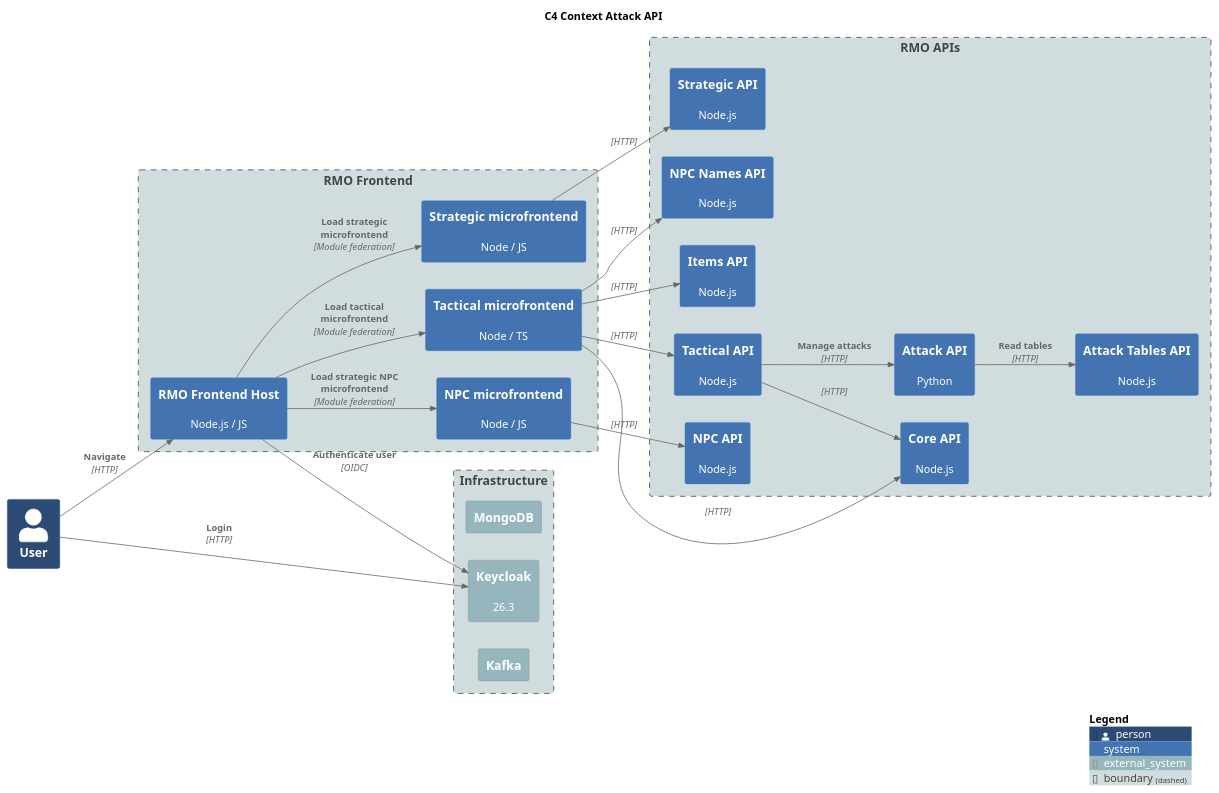
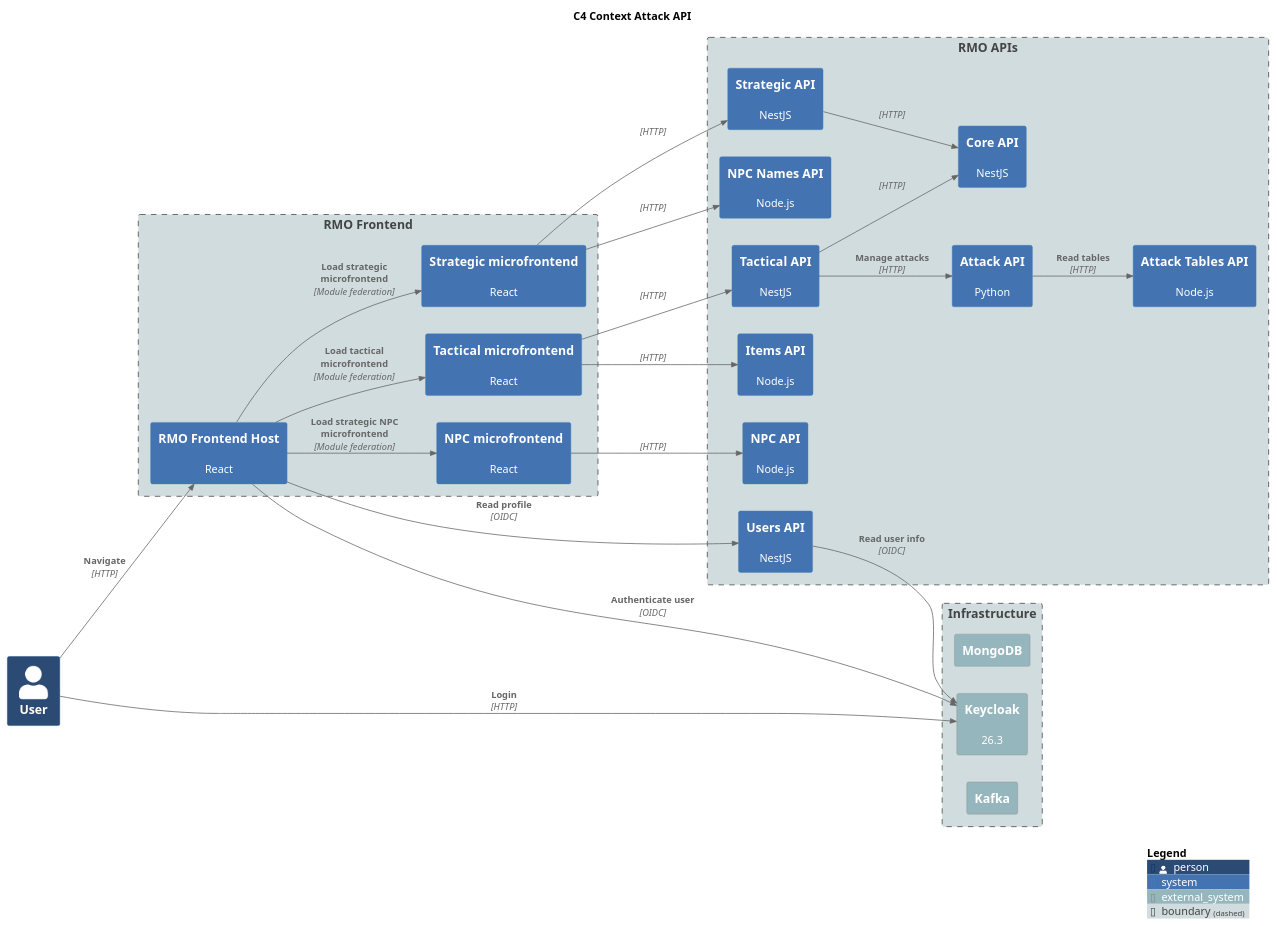
The diagram in diagrams/c4-context.plantuml (labcabrera/rmu-platform), drawn with PlantUML before and after one commit. The commit also changed 3 other files, not shown here.

Commit message:
Updated readme + diagram.

```diff
--- a/diagrams/c4-context.plantuml
+++ b/diagrams/c4-context.plantuml
@@ -1,77 +1,84 @@
 @startuml C4 Context Attack API
 title C4 Context Attack API
 
 !include https://raw.githubusercontent.com/plantuml-stdlib/C4-PlantUML/master/C4_Context.puml
 
 LAYOUT_LEFT_RIGHT()
 
 UpdateElementStyle(person, $bgColor="#2b4a74ff")
 UpdateElementStyle(system, $bgColor="#4373b1ff")
 UpdateElementStyle(external_system, $bgColor="#96b6beff")
 UpdateElementStyle(boundary, $bgColor="#d1dcdfff")
 
 Person(user, "User")
 
 Boundary(frontend, "RMO Frontend") {
-    System(rmu_fe_host, "RMO Frontend Host", "Node.js / JS")
-    System(rmu_fe_strategic, "Strategic microfrontend", "Node / JS")
-    System(rmu_fe_tactical, "Tactical microfrontend", "Node / TS")
-    System(rmu_fe_npc, "NPC microfrontend", "Node / JS")
+    System(rmu_fe_host, "RMO Frontend Host", "React")
+    System(rmu_fe_strategic, "Strategic microfrontend", "React")
+    System(rmu_fe_tactical, "Tactical microfrontend", "React")
+    System(rmu_fe_npc, "NPC microfrontend", "React")
 }
 
 Boundary(apis, "RMO APIs") {
-    System(rmu_api_core, "Core API", "Node.js")
-    System(rmu_api_strategic, "Strategic API", "Node.js")
-    System(rmu_api_tactical, "Tactical API", "Node.js")
+    System(rmu_api_users, "Users API", "NestJS")
+    System(rmu_api_core, "Core API", "NestJS")
+    System(rmu_api_strategic, "Strategic API", "NestJS")
+    System(rmu_api_tactical, "Tactical API", "NestJS")
     System(rmu_api_npc, "NPC API", "Node.js")
     System(rmu_api_npc_names, "NPC Names API", "Node.js")
     System(rmu_api_attack, "Attack API", "Python")
     System(rmu_api_items, "Items API", "Node.js")
     System(rmu_api_attack_tables, "Attack Tables API", "Node.js")
 }
 
 Boundary(infrastructure, "Infrastructure") {
     System_Ext(mongodb, "MongoDB", "")
     System_Ext(keycloak, "Keycloak", "26.3")
     System_Ext(kafka, "Kafka", "")
 }
 
 Rel(user, rmu_fe_host, "Navigate", "HTTP")
 Rel(user, keycloak, "Login", "HTTP")
 
 ' Frontends
 
 Rel(rmu_fe_host, rmu_fe_strategic, "Load strategic microfrontend", "Module federation")
 Rel(rmu_fe_host, rmu_fe_tactical, "Load tactical microfrontend", "Module federation")
 Rel(rmu_fe_host, rmu_fe_npc, "Load strategic NPC microfrontend", "Module federation")
+Rel(rmu_fe_host, rmu_api_users, "Read profile", "OIDC")
 Rel(rmu_fe_host, keycloak, "Authenticate user", "OIDC")
 
 Rel(rmu_fe_strategic, rmu_api_strategic, "", "HTTP")
+Rel(rmu_fe_strategic, rmu_api_npc_names, "", "HTTP")
+
 
 Rel(rmu_fe_tactical, rmu_api_tactical, "", "HTTP")
-Rel(rmu_fe_tactical, rmu_api_core, "", "HTTP")
+' Rel(rmu_fe_tactical, rmu_api_core, "", "HTTP")
 Rel(rmu_fe_tactical, rmu_api_items, "", "HTTP")
-Rel(rmu_fe_tactical, rmu_api_npc_names, "", "HTTP")
+
+Rel(rmu_api_users, keycloak, "Read user info", "OIDC")
 
 Rel(rmu_fe_npc, rmu_api_npc, "", "HTTP")
 
 ' APIs
 
 ' Rel(rmu_api_core, mongodb, "", "")
 
 ' Rel(rmu_api_strategic, mongodb, "Manage attacks", "HTTP")
+
+Rel(rmu_api_strategic, rmu_api_core, "", "HTTP")
 
 Rel(rmu_api_tactical, rmu_api_attack, "Manage attacks", "HTTP")
 Rel(rmu_api_tactical, rmu_api_core, "", "HTTP")
 ' Rel(rmu_api_attack, mongodb, "Read/Write data", "pymongo")
 
 
 ' Rel(rmu_api_npc, mongodb, "", "")
 
 Rel(rmu_api_attack, rmu_api_attack_tables, "Read tables", "HTTP")
 
 
 
 SHOW_LEGEND()
 
 @enduml
```
